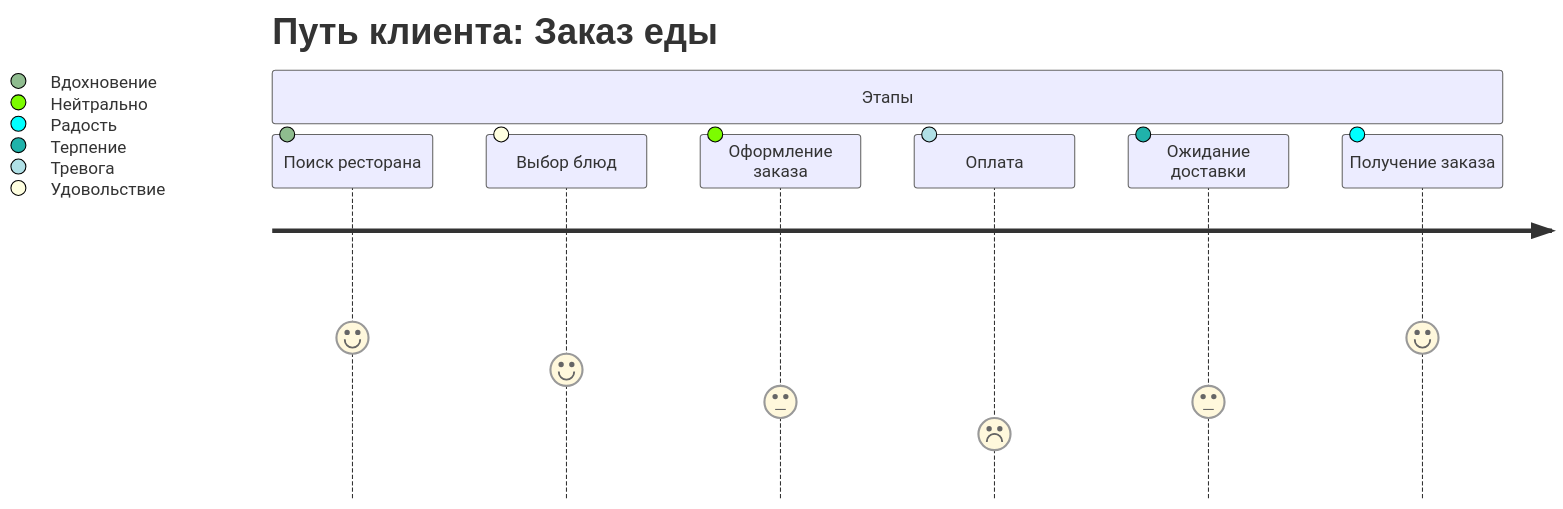
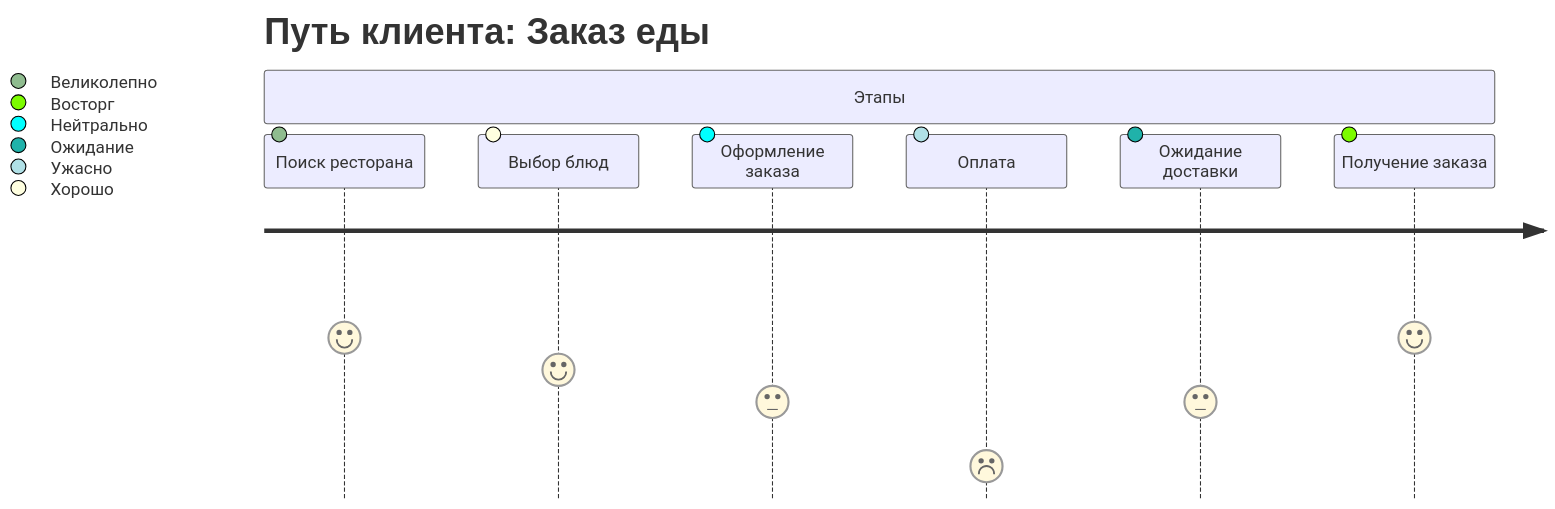
Before and after one commit to Neofade1/egorMos12: the fifth of 6 diagrams in 5task/README.md, drawn with Mermaid.

````diff
--- a/5task/README.md
+++ b/5task/README.md
@@ -104,11 +104,11 @@
 ```mermaid
 journey
     title Путь клиента: Заказ еды
     section Этапы
-      Поиск ресторана: 5: Вдохновение
-      Выбор блюд: 4: Удовольствие
+      Поиск ресторана: 5: Великолепно
+      Выбор блюд: 4: Хорошо
       Оформление заказа: 3: Нейтрально
-      Оплата: 2: Тревога
-      Ожидание доставки: 3: Терпение
-      Получение заказа: 5: Радость
+      Оплата: 1: Ужасно
+      Ожидание доставки: 3: Ожидание
+      Получение заказа: 5: Восторг
 ```
````
